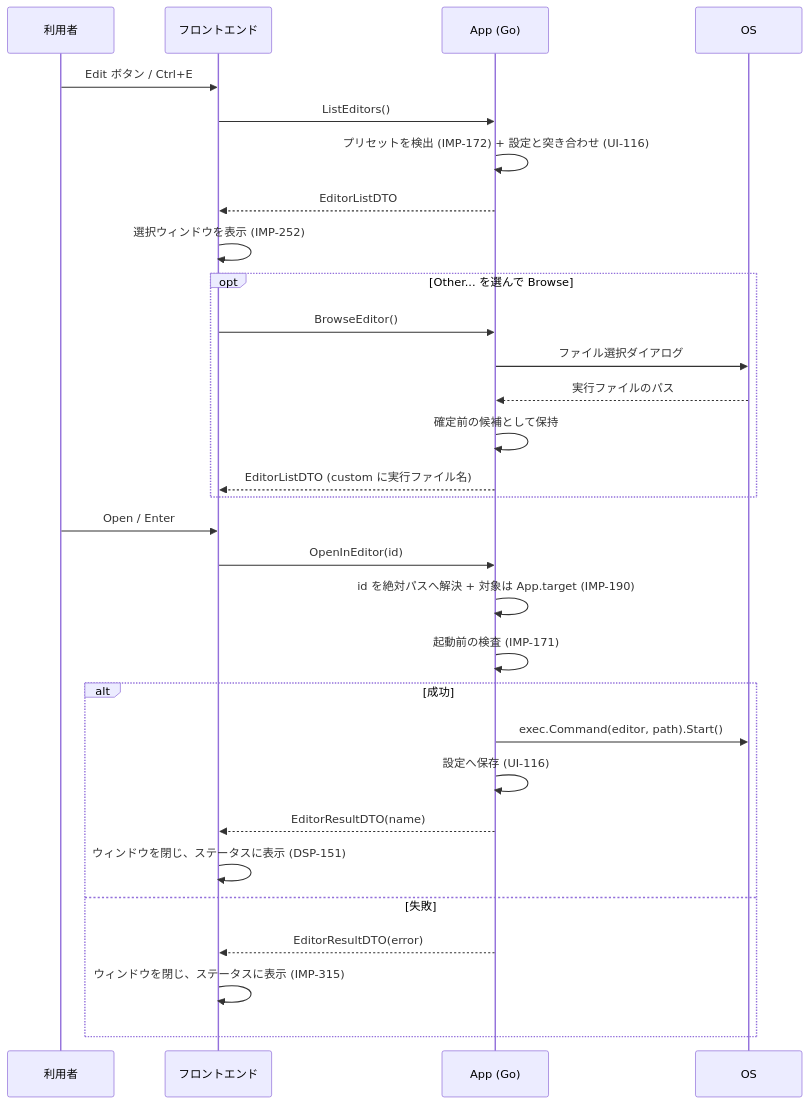
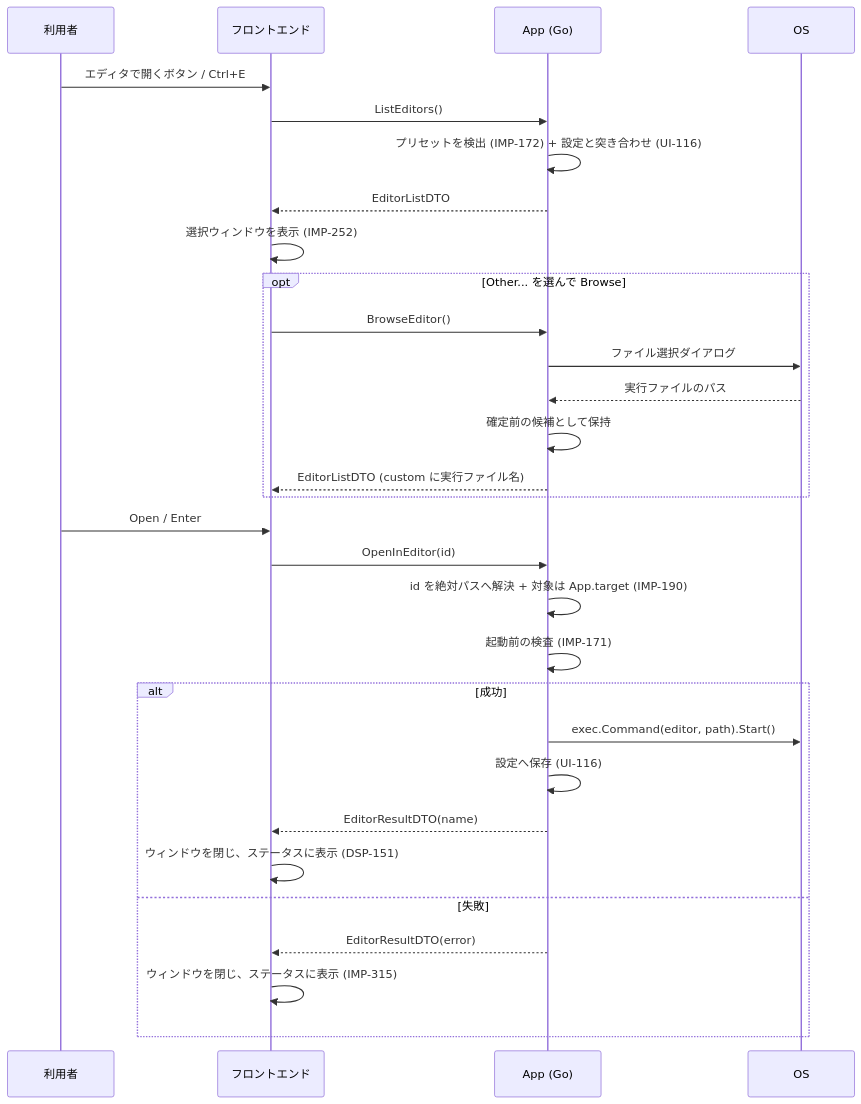
The third of 4 diagrams in docs/specs/13-impl-interface.md (kznagamori/go_MarkView), drawn with Mermaid before and after one commit. The commit also changed other lines of this file and 25 other files, not shown here.

````diff
--- a/docs/specs/13-impl-interface.md
+++ b/docs/specs/13-impl-interface.md
@@ -425,33 +519,33 @@
 ```mermaid
 sequenceDiagram
     participant U as 利用者
     participant FE as フロントエンド
     participant APP as App (Go)
     participant OS as OS
 
-    U->>FE: Edit ボタン / Ctrl+E
+    U->>FE: エディタで開くボタン / Ctrl+E
     FE->>APP: ListEditors()
     APP->>APP: プリセットを検出 (IMP-172) + 設定と突き合わせ (UI-116)
     APP-->>FE: EditorListDTO
     FE->>FE: 選択ウィンドウを表示 (IMP-252)
     opt Other... を選んで Browse
         FE->>APP: BrowseEditor()
         APP->>OS: ファイル選択ダイアログ
         OS-->>APP: 実行ファイルのパス
         APP->>APP: 確定前の候補として保持
         APP-->>FE: EditorListDTO (custom に実行ファイル名)
     end
     U->>FE: Open / Enter
     FE->>APP: OpenInEditor(id)
     APP->>APP: id を絶対パスへ解決 + 対象は App.target (IMP-190)
     APP->>APP: 起動前の検査 (IMP-171)
     alt 成功
         APP->>OS: exec.Command(editor, path).Start()
         APP->>APP: 設定へ保存 (UI-116)
         APP-->>FE: EditorResultDTO(name)
         FE->>FE: ウィンドウを閉じ、ステータスに表示 (DSP-151)
     else 失敗
         APP-->>FE: EditorResultDTO(error)
         FE->>FE: ウィンドウを閉じ、ステータスに表示 (IMP-315)
     end
 ```
````
